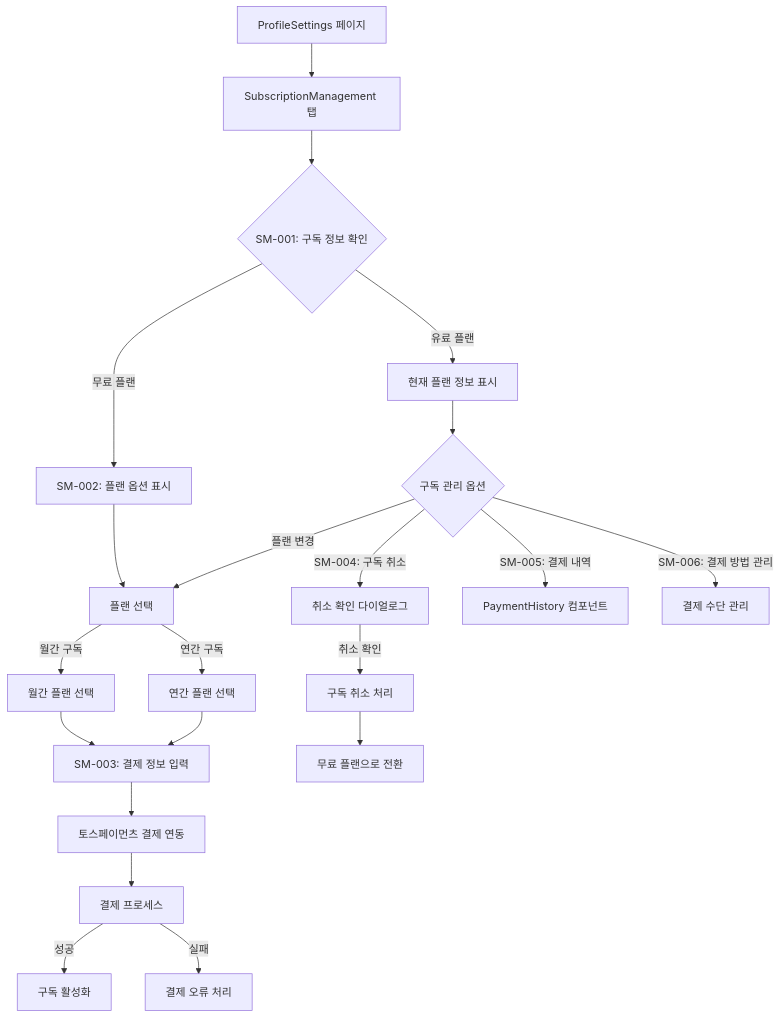
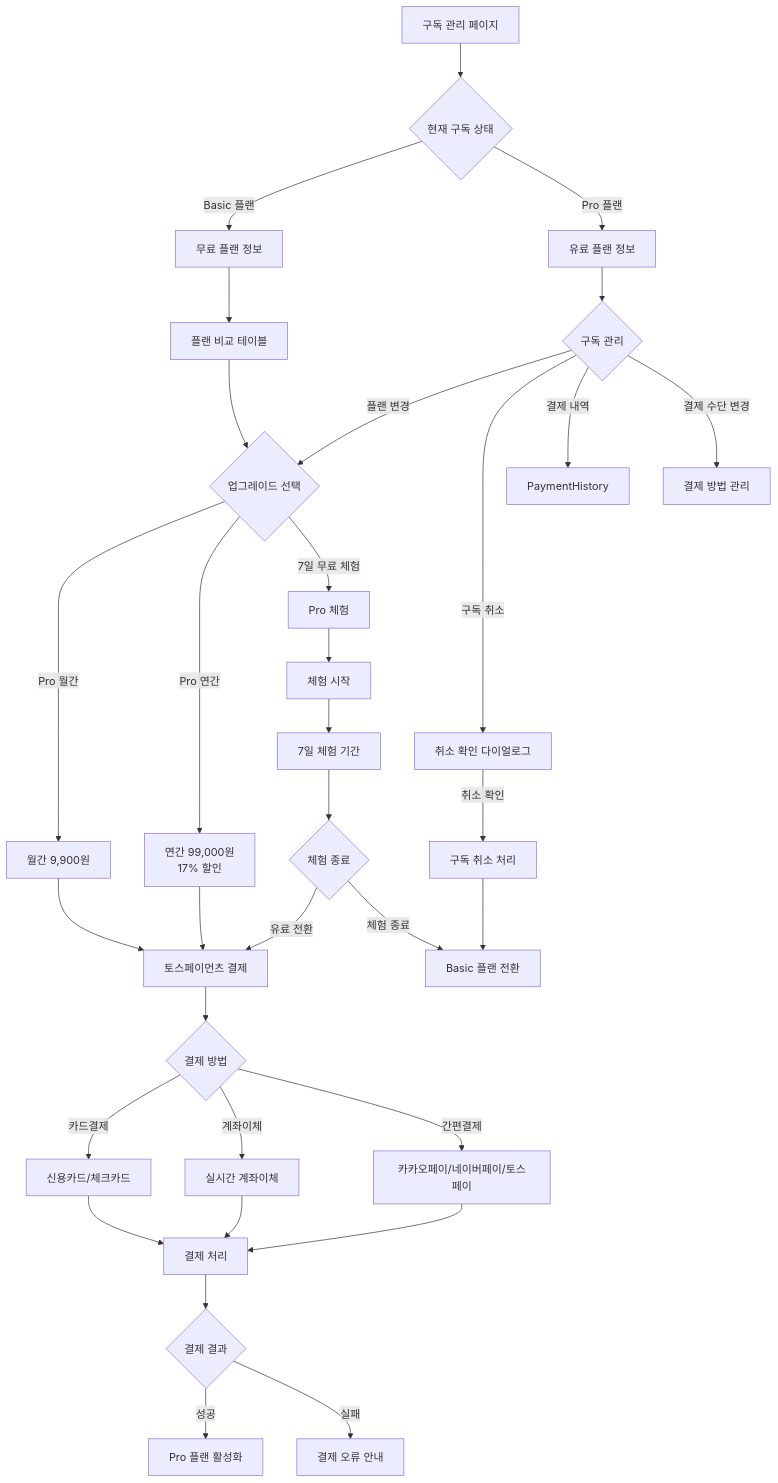
One commit to Seungwoo321/etorch-docs changed the seventh of 14 diagrams in ui-design/user-flows.md. Above: the diagram before and after it, drawn with Mermaid. The commit also changed other lines of this file, not shown here.

````diff
--- a/ui-design/user-flows.md
+++ b/ui-design/user-flows.md
@@ -516,29 +316,43 @@
 ```mermaid
 flowchart TD
-    A[ProfileSettings 페이지] --> B[SubscriptionManagement 탭]
+    A[구독 관리 페이지] --> B{현재 구독 상태}
+    B -->|Basic 플랜| C[무료 플랜 정보]
+    B -->|Pro 플랜| D[유료 플랜 정보]
     
-    B --> C{SM-001: 구독 정보 확인}
-    C -->|무료 플랜| D[SM-002: 플랜 옵션 표시]
-    C -->|유료 플랜| E[현재 플랜 정보 표시]
+    C --> E[플랜 비교 테이블]
+    E --> F{업그레이드 선택}
+    F -->|Pro 월간| G1[월간 9,900원]
+    F -->|Pro 연간| G2[연간 99,000원<br/>17% 할인]
+    F -->|7일 무료 체험| G3[Pro 체험]
     
-    D --> F[플랜 선택]
-    F -->|월간 구독| G1[월간 플랜 선택]
-    F -->|연간 구독| G2[연간 플랜 선택]
+    G1 --> H[토스페이먼츠 결제]
+    G2 --> H
+    G3 --> I[체험 시작]
     
-    G1 --> H[SM-003: 결제 정보 입력]
-    G2 --> H
+    H --> J{결제 방법}
+    J -->|카드결제| K1[신용카드/체크카드]
+    J -->|계좌이체| K2[실시간 계좌이체]
+    J -->|간편결제| K3[카카오페이/네이버페이/토스페이]
     
-    H --> I[토스페이먼츠 결제 연동]
-    I --> J[결제 프로세스]
-    J -->|성공| K[구독 활성화]
-    J -->|실패| L[결제 오류 처리]
+    K1 --> L[결제 처리]
+    K2 --> L
+    K3 --> L
     
-    E --> M{구독 관리 옵션}
-    M -->|플랜 변경| F
-    M -->|SM-004: 구독 취소| N[취소 확인 다이얼로그]
-    M -->|SM-005: 결제 내역| O[PaymentHistory 컴포넌트]
-    M -->|SM-006: 결제 방법 관리| P[결제 수단 관리]
+    L --> M{결제 결과}
+    M -->|성공| N[Pro 플랜 활성화]
+    M -->|실패| O[결제 오류 안내]
     
-    N -->|취소 확인| Q[구독 취소 처리]
-    Q --> R[무료 플랜으로 전환]
+    D --> P{구독 관리}
+    P -->|플랜 변경| F
+    P -->|구독 취소| Q[취소 확인 다이얼로그]
+    P -->|결제 내역| R[PaymentHistory]
+    P -->|결제 수단 변경| S[결제 방법 관리]
+    
+    Q -->|취소 확인| T[구독 취소 처리]
+    T --> U[Basic 플랜 전환]
+    
+    I --> V[7일 체험 기간]
+    V --> W{체험 종료}
+    W -->|유료 전환| H
+    W -->|체험 종료| U
 ```
````
